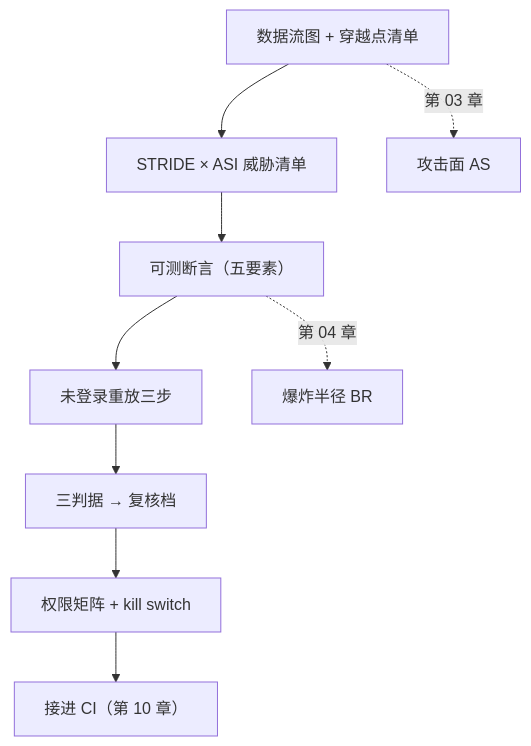
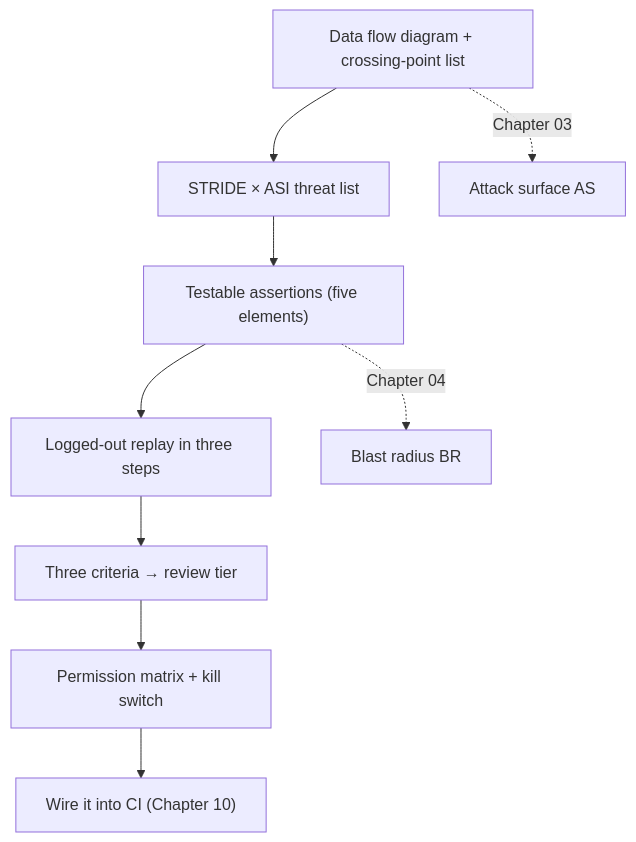
The diagram in phase4/chapters/ch09-three-deliverables.md (xzlxiao/vibe-coding-textbook), drawn with Mermaid before and after one commit. The commit also changed other lines of this file and 10 other files, not shown here.

````diff
--- a/phase4/chapters/ch09-three-deliverables.md
+++ b/phase4/chapters/ch09-three-deliverables.md
@@ -251,11 +251,11 @@
 ```mermaid
 flowchart TD
-    A["数据流图 + 穿越点清单"] --> B["STRIDE × ASI 威胁清单"]
-    B --> C["可测断言（五要素）"]
-    C --> D["未登录重放三步"]
-    D --> E["三判据 → 复核档"]
-    E --> F["权限矩阵 + kill switch"]
-    F --> G["接进 CI（第 10 章）"]
-    A -.->|"第 03 章"| P3["攻击面 AS"]
-    C -.->|"第 04 章"| P4["爆炸半径 BR"]
+    A["Data flow diagram + crossing-point list"] --> B["STRIDE × ASI threat list"]
+    B --> C["Testable assertions (five elements)"]
+    C --> D["Logged-out replay in three steps"]
+    D --> E["Three criteria → review tier"]
+    E --> F["Permission matrix + kill switch"]
+    F --> G["Wire it into CI (Chapter 10)"]
+    A -.->|"Chapter 03"| P3["Attack surface AS"]
+    C -.->|"Chapter 04"| P4["Blast radius BR"]
 ```
````
